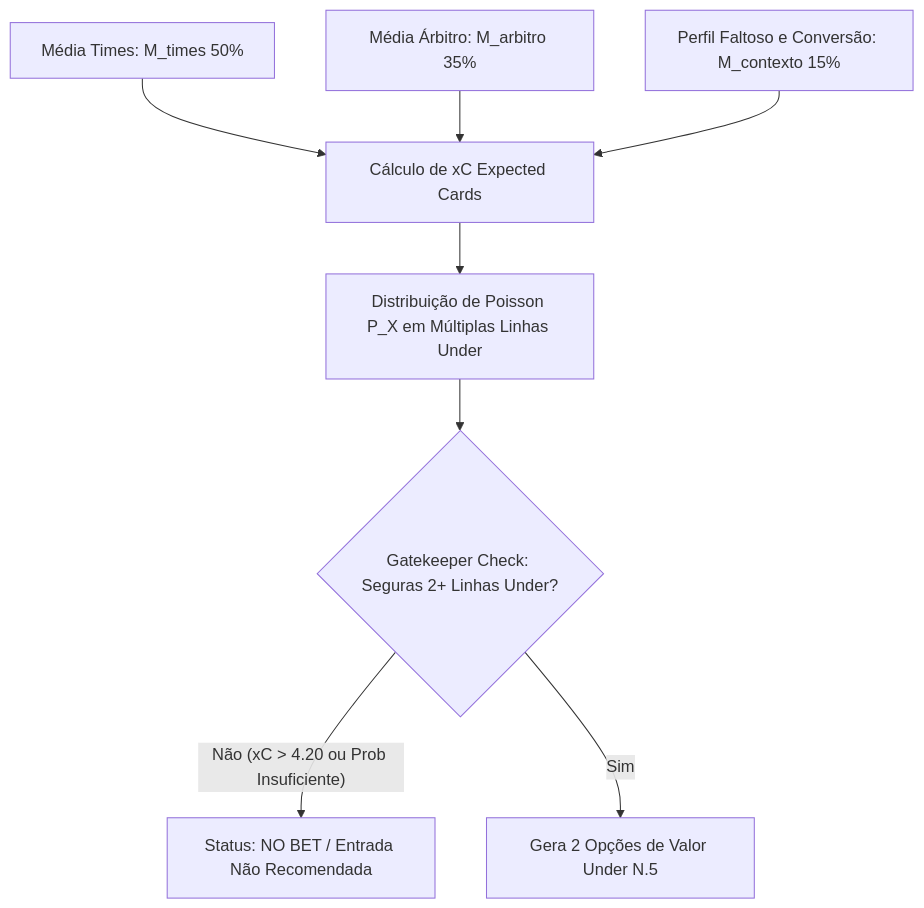
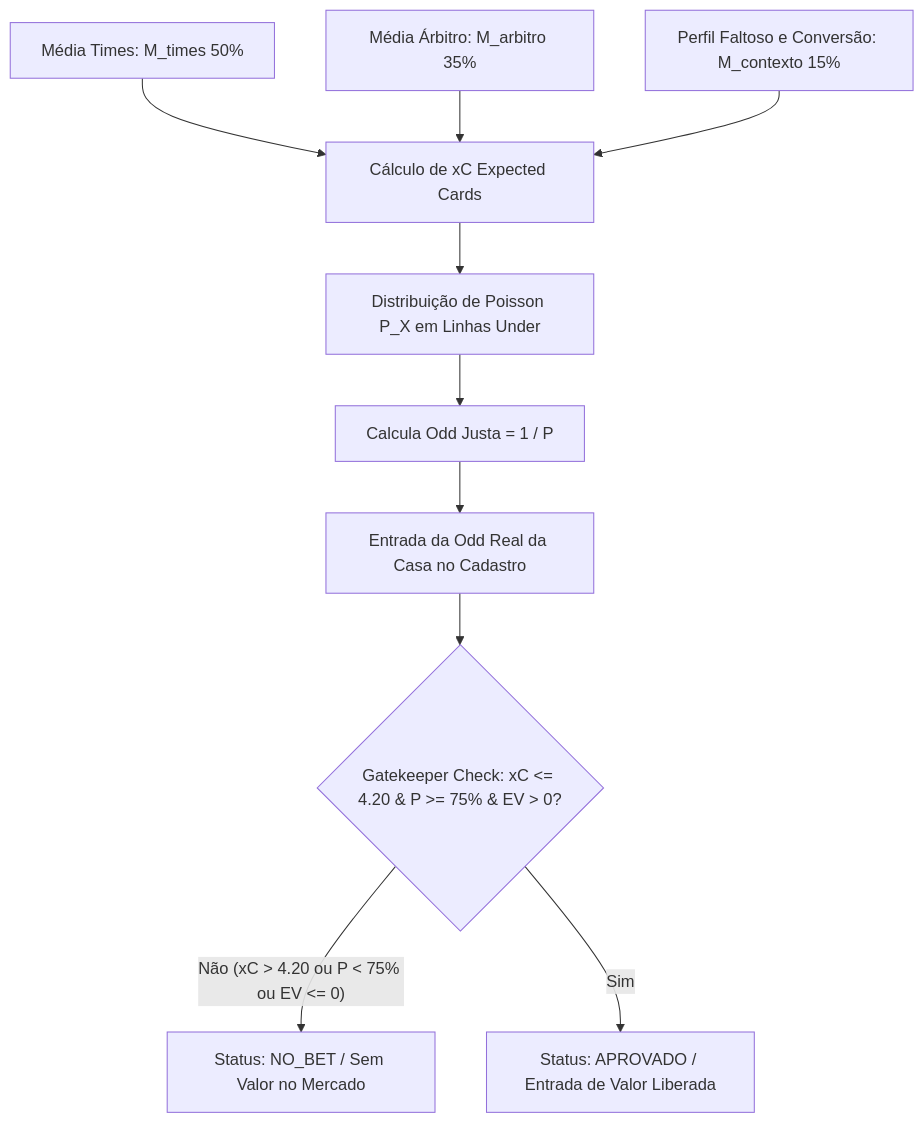
Before and after one commit to paulomnasc/datalake-air-flow-delta: the diagram in SISTEMA_PESOS_PREDICAO_CARTOES.md, drawn with Mermaid. The commit also changed other lines of this file and 6 other files, not shown here.

Commit message:
feat: implement triple-filter Gatekeeper for bets with fair odds, Poisson probability, and EV analysis

````diff
--- a/SISTEMA_PESOS_PREDICAO_CARTOES.md
+++ b/SISTEMA_PESOS_PREDICAO_CARTOES.md
@@ -24,10 +24,12 @@
 ```mermaid
 graph TD
     A[Média Times: M_times 50%] --> D[Cálculo de xC Expected Cards]
     B[Média Árbitro: M_arbitro 35%] --> D
     C[Perfil Faltoso e Conversão: M_contexto 15%] --> D
-    D --> E[Distribuição de Poisson P_X em Múltiplas Linhas Under]
-    E --> F{Gatekeeper Check: Seguras 2+ Linhas Under?}
-    F -- Não (xC > 4.20 ou Prob Insuficiente) --> G[Status: NO BET / Entrada Não Recomendada]
-    F -- Sim --> H[Gera 2 Opções de Valor Under N.5]
+    D --> E[Distribuição de Poisson P_X em Linhas Under]
+    E --> F[Calcula Odd Justa = 1 / P]
+    F --> G[Entrada da Odd Real da Casa no Cadastro]
+    G --> H{Gatekeeper Check: xC <= 4.20 & P >= 75% & EV > 0?}
+    H -- Não (xC > 4.20 ou P < 75% ou EV <= 0) --> I[Status: NO_BET / Sem Valor no Mercado]
+    H -- Sim --> J[Status: APROVADO / Entrada de Valor Liberada]
 ```
````
